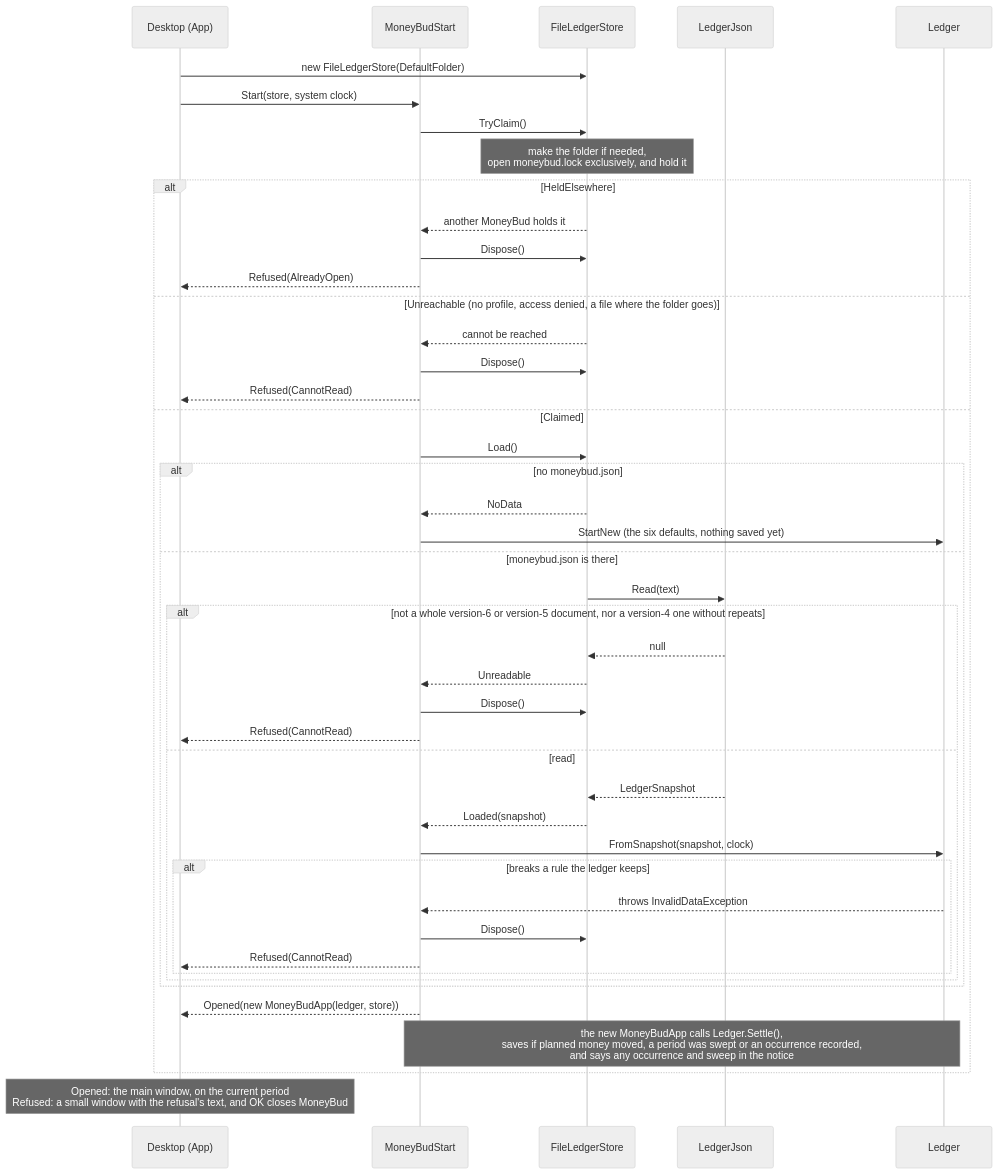
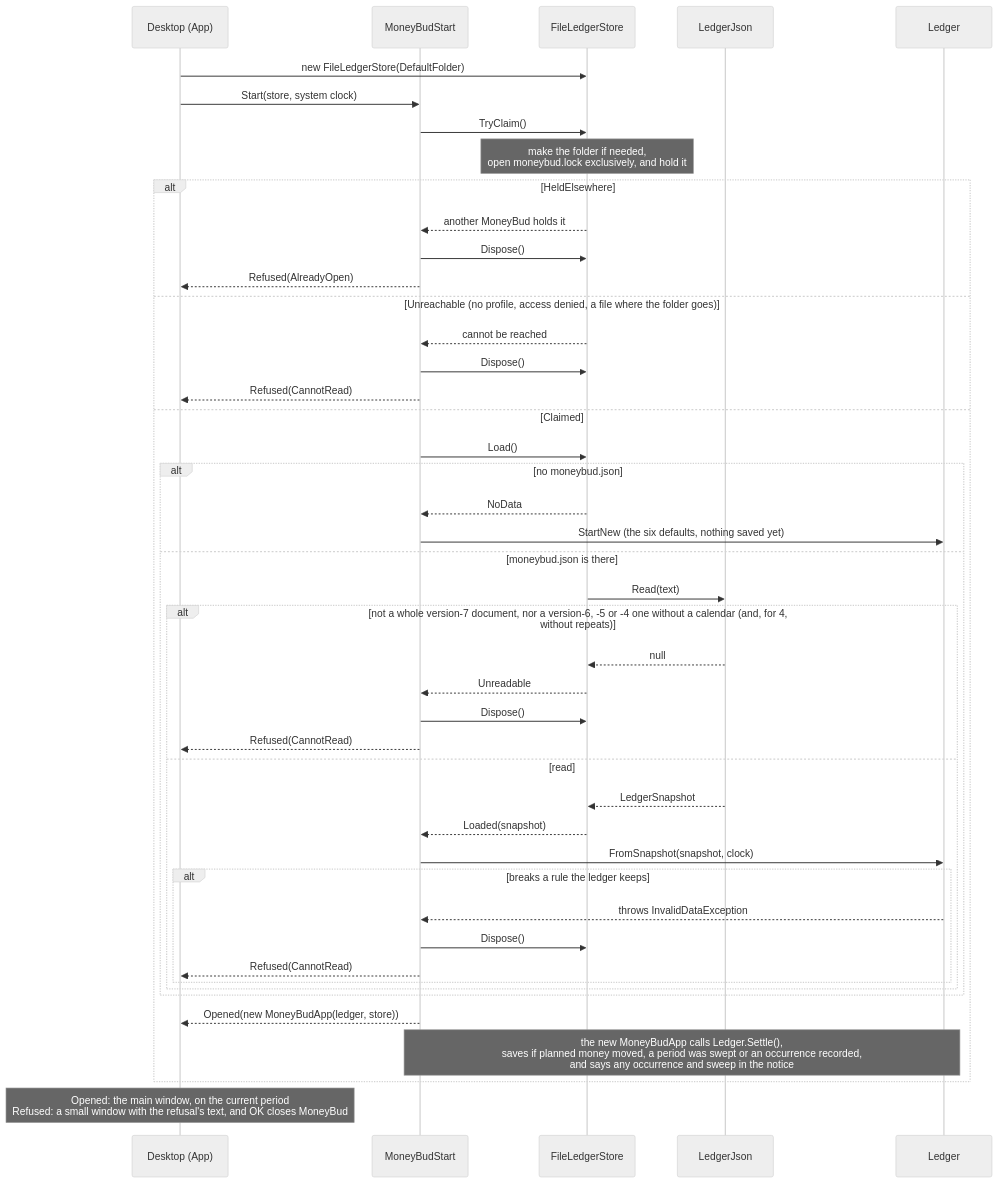
One commit to Axelkonijn/MoneyBud changed the second of 3 diagrams in docs/arc42/06-runtime-view.md. Above: the diagram before and after it, drawn with Mermaid (neutral theme). The commit also changed other lines of this file and 43 other files, not shown here.

````diff
--- a/docs/arc42/06-runtime-view.md
+++ b/docs/arc42/06-runtime-view.md
@@ -362,48 +423,48 @@
 ```mermaid
 sequenceDiagram
     participant Desktop as Desktop (App)
     participant Start as MoneyBudStart
     participant Store as FileLedgerStore
     participant Json as LedgerJson
     participant Ledger
 
     Desktop->>Store: new FileLedgerStore(DefaultFolder)
     Desktop->>Start: Start(store, system clock)
     Start->>Store: TryClaim()
     Note over Store: make the folder if needed,<br/>open moneybud.lock exclusively, and hold it
     alt HeldElsewhere
         Store-->>Start: another MoneyBud holds it
         Start->>Store: Dispose()
         Start-->>Desktop: Refused(AlreadyOpen)
     else Unreachable (no profile, access denied, a file where the folder goes)
         Store-->>Start: cannot be reached
         Start->>Store: Dispose()
         Start-->>Desktop: Refused(CannotRead)
     else Claimed
         Start->>Store: Load()
         alt no moneybud.json
             Store-->>Start: NoData
             Start->>Ledger: StartNew (the six defaults, nothing saved yet)
         else moneybud.json is there
             Store->>Json: Read(text)
-            alt not a whole version-6 or version-5 document, nor a version-4 one without repeats
+            alt not a whole version-7 document, nor a version-6, -5 or -4 one without a calendar (and, for 4, without repeats)
                 Json-->>Store: null
                 Store-->>Start: Unreadable
                 Start->>Store: Dispose()
                 Start-->>Desktop: Refused(CannotRead)
             else read
                 Json-->>Store: LedgerSnapshot
                 Store-->>Start: Loaded(snapshot)
                 Start->>Ledger: FromSnapshot(snapshot, clock)
                 alt breaks a rule the ledger keeps
                     Ledger-->>Start: throws InvalidDataException
                     Start->>Store: Dispose()
                     Start-->>Desktop: Refused(CannotRead)
                 end
             end
         end
         Start-->>Desktop: Opened(new MoneyBudApp(ledger, store))
         Note over Start,Ledger: the new MoneyBudApp calls Ledger.Settle(),<br/>saves if planned money moved, a period was swept or an occurrence recorded,<br/>and says any occurrence and sweep in the notice
     end
     Note over Desktop: Opened: the main window, on the current period<br/>Refused: a small window with the refusal's text, and OK closes MoneyBud
 ```
````
